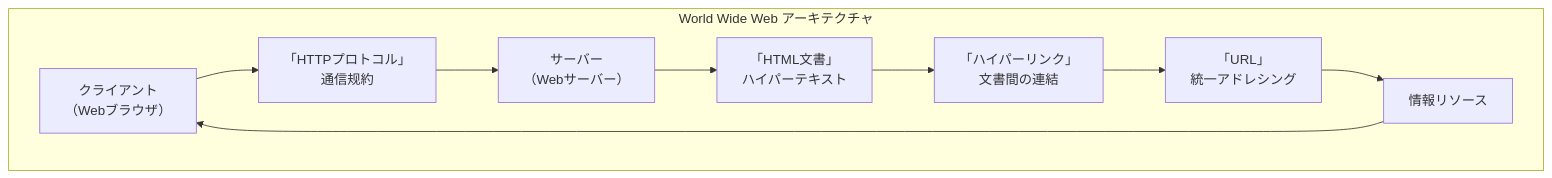
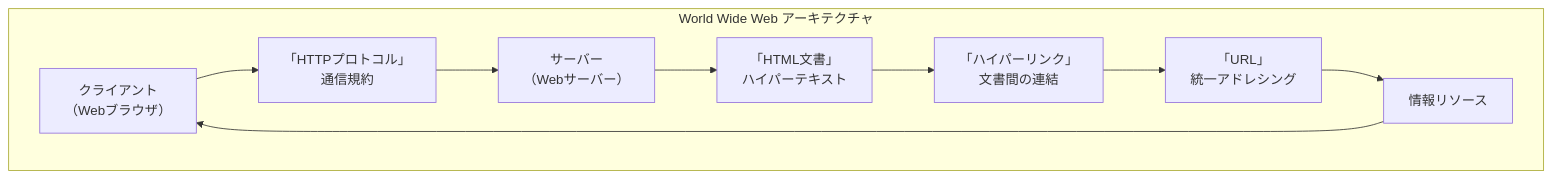
Before and after one commit to itdojp/cs-visionaries-book: the second of 3 diagrams in src/chapters/chapter06.md, drawn with Mermaid.

````diff
--- a/src/chapters/chapter06.md
+++ b/src/chapters/chapter06.md
@@ -821,12 +821,12 @@
 ```mermaid
 graph TB
     subgraph "World Wide Web アーキテクチャ"
-        Client[クライアント<br>（Webブラウザ）] --> HTTP[「HTTPプロトコル」<br>通信规約]
+        Client[クライアント<br>（Webブラウザ）] --> HTTP[「HTTPプロトコル」<br>通信規約]
         HTTP --> Server[サーバー<br>（Webサーバー）]
         Server --> HTML[「HTML文書」<br>ハイパーテキスト]
         HTML --> Links[「ハイパーリンク」<br>文書間の連結]
         Links --> URL[「URL」<br>統一アドレシング]
         URL --> Resources[情報リソース]
         Resources --> Client
     end
 ```
````
